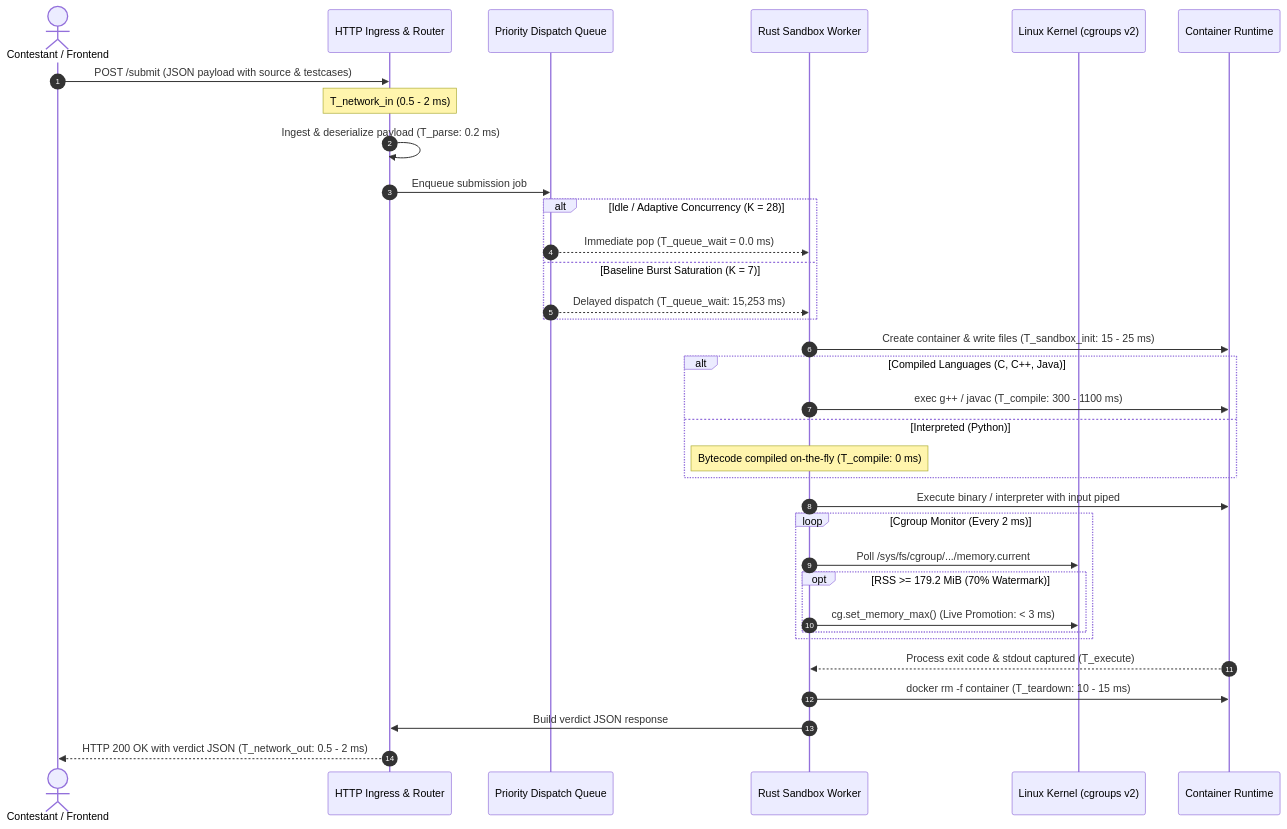
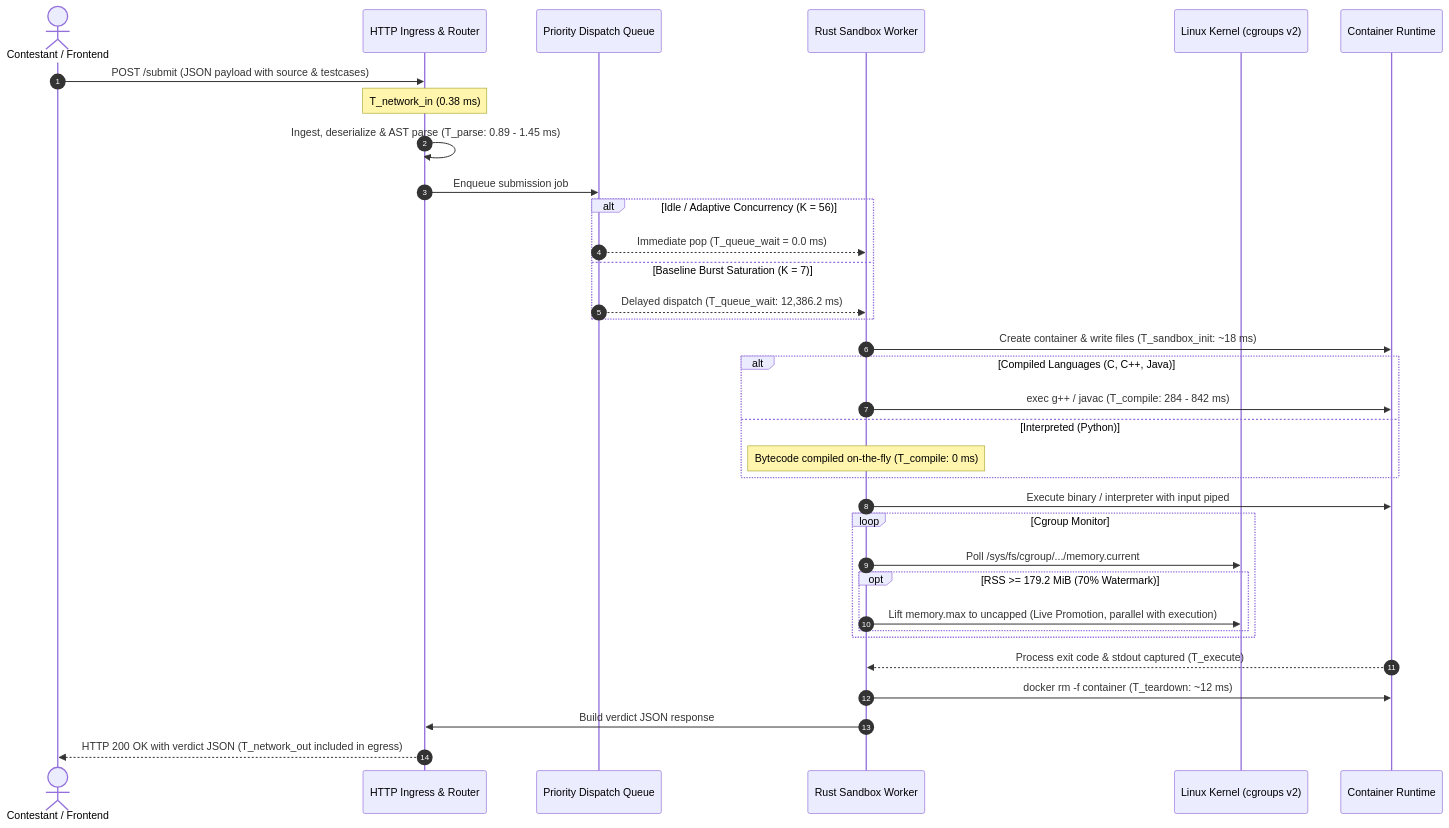
Before and after one commit to Dhanush-M-1/RAAS-OCJS-1: the second of 2 diagrams in docs/CONFERENCE_EVALUATION_REPORT.md, drawn with Mermaid. The commit also changed other lines of this file and 8 other files, not shown here.

````diff
--- a/docs/CONFERENCE_EVALUATION_REPORT.md
+++ b/docs/CONFERENCE_EVALUATION_REPORT.md
@@ -261,42 +351,42 @@
 ```mermaid
 sequenceDiagram
     autonumber
     actor Client as Contestant / Frontend
     participant Gateway as HTTP Ingress & Router
     participant Queue as Priority Dispatch Queue
     participant Worker as Rust Sandbox Worker
     participant Kernel as Linux Kernel (cgroups v2)
     participant Docker as Container Runtime
 
     Client->>Gateway: POST /submit (JSON payload with source & testcases)
-    Note over Gateway: T_network_in (0.5 - 2 ms)
-    Gateway->>Gateway: Ingest & deserialize payload (T_parse: 0.2 ms)
+    Note over Gateway: T_network_in (0.38 ms)
+    Gateway->>Gateway: Ingest, deserialize & AST parse (T_parse: 0.89 - 1.45 ms)
     Gateway->>Queue: Enqueue submission job
     
-    alt Idle / Adaptive Concurrency (K = 28)
+    alt Idle / Adaptive Concurrency (K = 56)
         Queue-->>Worker: Immediate pop (T_queue_wait = 0.0 ms)
     else Baseline Burst Saturation (K = 7)
-        Queue-->>Worker: Delayed dispatch (T_queue_wait: 15,253 ms)
+        Queue-->>Worker: Delayed dispatch (T_queue_wait: 12,386.2 ms)
     end
 
-    Worker->>Docker: Create container & write files (T_sandbox_init: 15 - 25 ms)
+    Worker->>Docker: Create container & write files (T_sandbox_init: ~18 ms)
     
     alt Compiled Languages (C, C++, Java)
-        Worker->>Docker: exec g++ / javac (T_compile: 300 - 1100 ms)
+        Worker->>Docker: exec g++ / javac (T_compile: 284 - 842 ms)
     else Interpreted (Python)
         Note over Worker: Bytecode compiled on-the-fly (T_compile: 0 ms)
     end
 
     Worker->>Docker: Execute binary / interpreter with input piped
-    loop Cgroup Monitor (Every 2 ms)
+    loop Cgroup Monitor
         Worker->>Kernel: Poll /sys/fs/cgroup/.../memory.current
         opt RSS >= 179.2 MiB (70% Watermark)
-            Worker->>Kernel: cg.set_memory_max() (Live Promotion: < 3 ms)
+            Worker->>Kernel: Lift memory.max to uncapped (Live Promotion, parallel with execution)
         end
     end
     Docker-->>Worker: Process exit code & stdout captured (T_execute)
     
-    Worker->>Docker: docker rm -f container (T_teardown: 10 - 15 ms)
+    Worker->>Docker: docker rm -f container (T_teardown: ~12 ms)
     Worker->>Gateway: Build verdict JSON response
-    Gateway-->>Client: HTTP 200 OK with verdict JSON (T_network_out: 0.5 - 2 ms)
+    Gateway-->>Client: HTTP 200 OK with verdict JSON (T_network_out included in egress)
 ```
````
